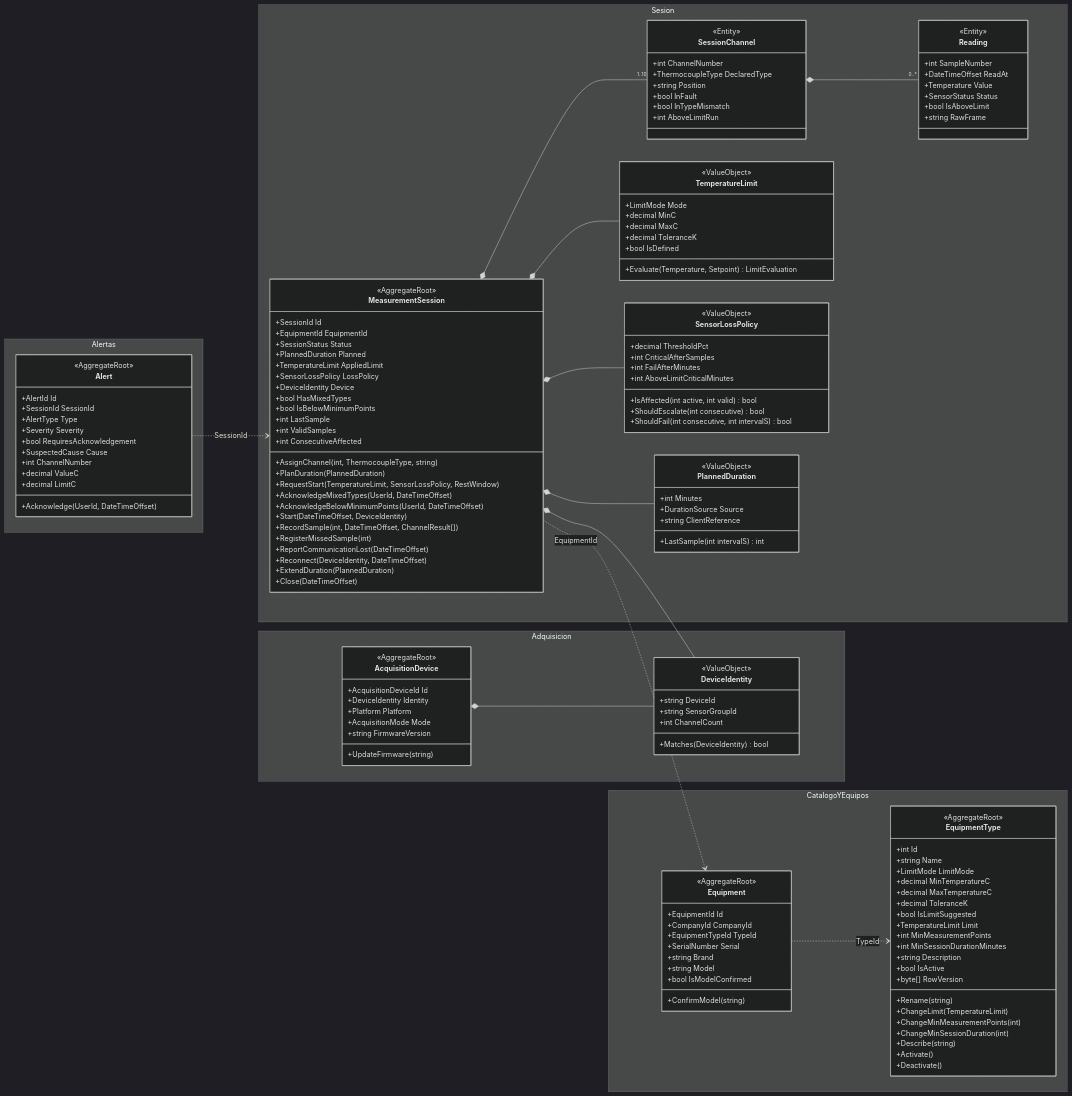
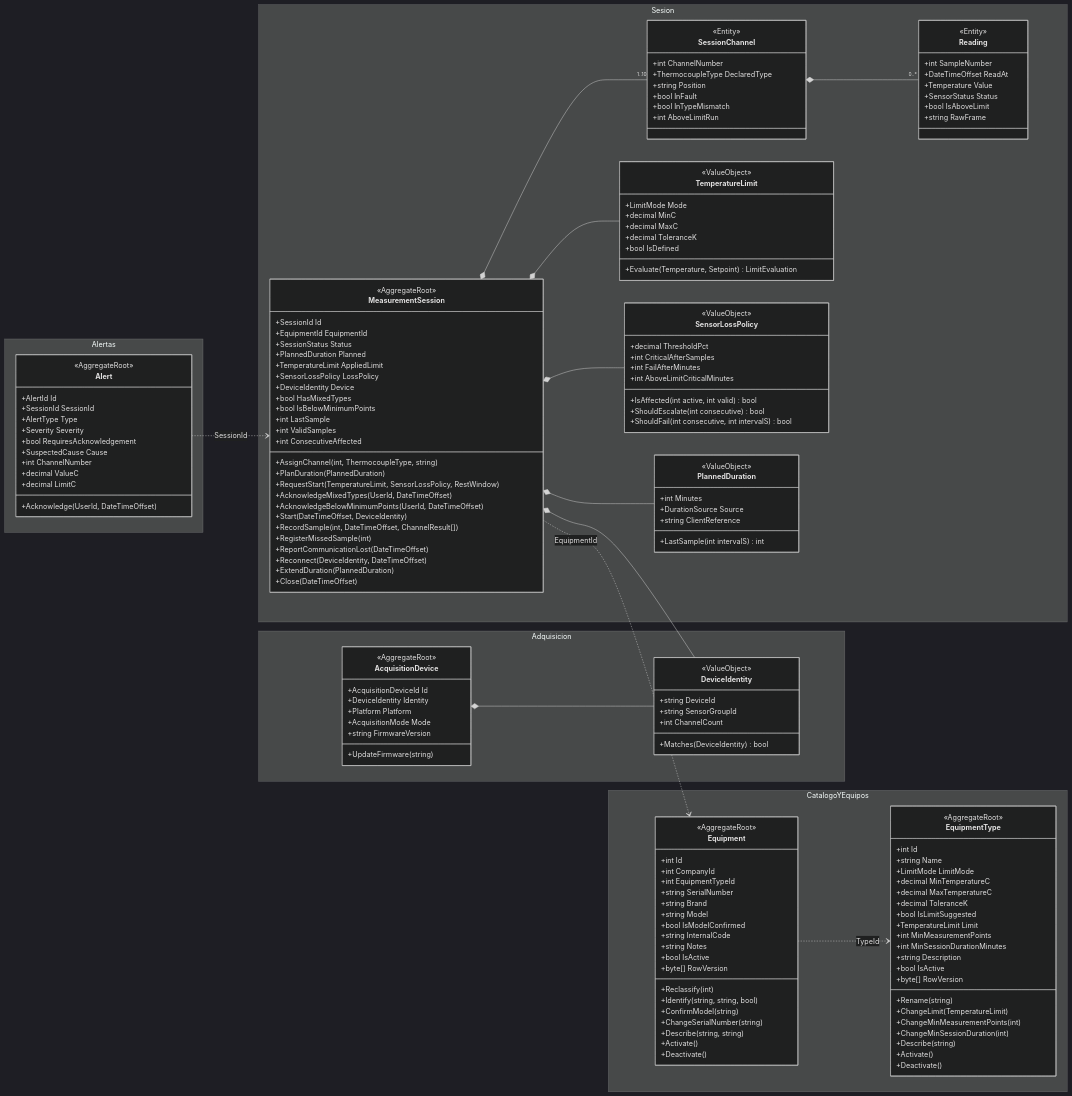
Before and after one commit to ocarranzam/ThermalCalibration: the second of 3 diagrams in docs/architecture/domain-model.md, drawn with Mermaid (dark theme). The commit also changed other lines of this file and 52 other files, not shown here.

```diff
--- a/docs/architecture/domain-model.md
+++ b/docs/architecture/domain-model.md
@@ -76,14 +77,24 @@
         }
         class Equipment {
             <<AggregateRoot>>
-            +EquipmentId Id
-            +CompanyId CompanyId
-            +EquipmentTypeId TypeId
-            +SerialNumber Serial
+            +int Id
+            +int CompanyId
+            +int EquipmentTypeId
+            +string SerialNumber
             +string Brand
             +string Model
             +bool IsModelConfirmed
+            +string InternalCode
+            +string Notes
+            +bool IsActive
+            +byte[] RowVersion
+            +Reclassify(int)
+            +Identify(string, string, bool)
             +ConfirmModel(string)
+            +ChangeSerialNumber(string)
+            +Describe(string, string)
+            +Activate()
+            +Deactivate()
         }
     }
 
```
